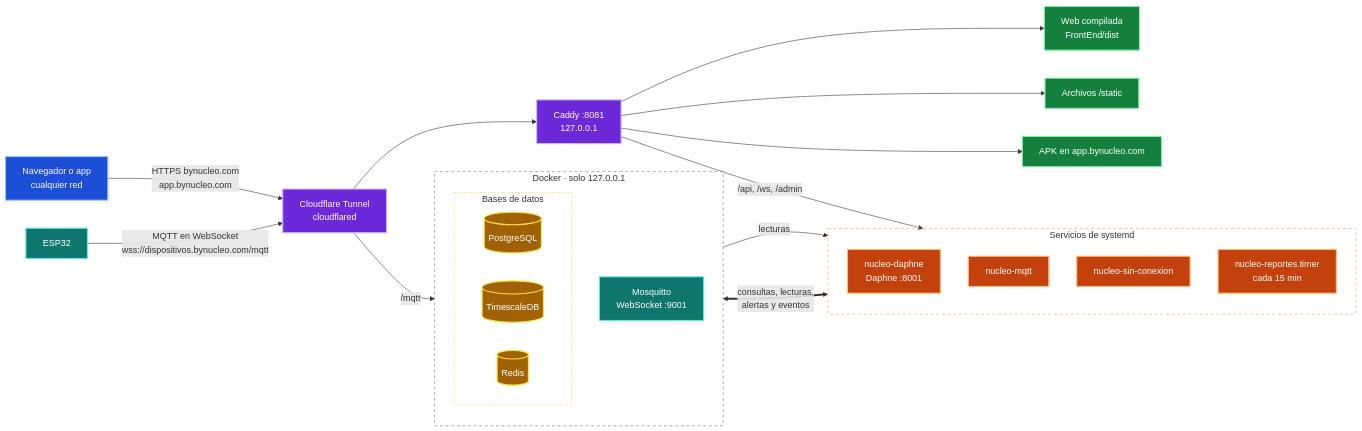
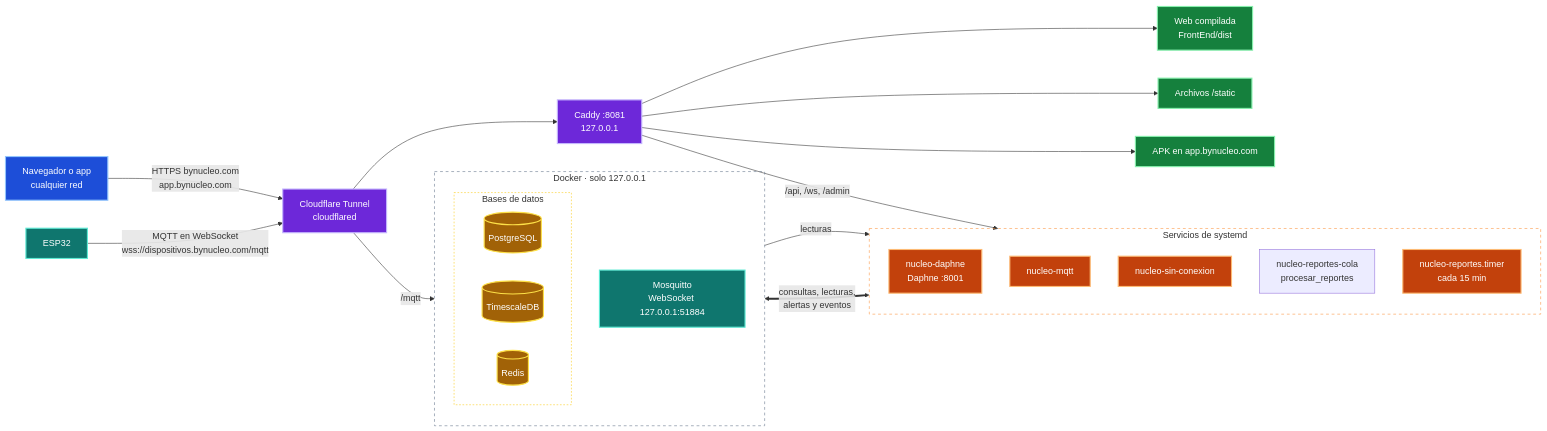
One commit to BrandonGlz/Nucleo changed the diagram in Context/servidor/produccion.md. Above: the diagram before and after it, drawn with Mermaid. The commit also changed other lines of this file and 13 other files, not shown here.

Commit message:
docs: Nico AI por área u organización, historial de envíos, cola de reportes, tablas de Nico y versiones al día

````diff
--- a/Context/servidor/produccion.md
+++ b/Context/servidor/produccion.md
@@ -32,46 +32,47 @@
 ```mermaid
 flowchart LR
     U["Navegador o app<br/>cualquier red"] -->|"HTTPS bynucleo.com<br/>app.bynucleo.com"| CF["Cloudflare Tunnel<br/>cloudflared"]
     CF --> C["Caddy :8081<br/>127.0.0.1"]
     C --> W["Web compilada<br/>FrontEnd/dist"]
     C --> ST["Archivos /static"]
     C --> APK["APK en app.bynucleo.com"]
     C -->|"/api, /ws, /admin"| D
     subgraph SY["Servicios de systemd"]
         direction TB
         D["nucleo-daphne<br/>Daphne :8001"]
         MQ["nucleo-mqtt"]
         SC["nucleo-sin-conexion"]
+        RQ["nucleo-reportes-cola<br/>procesar_reportes"]
         RP["nucleo-reportes.timer<br/>cada 15 min"]
     end
     subgraph DK["Docker · solo 127.0.0.1"]
         direction TB
-        M["Mosquitto<br/>WebSocket :9001"]
+        M["Mosquitto<br/>WebSocket 127.0.0.1:51884"]
         subgraph BD["Bases de datos"]
             PG[("PostgreSQL")]
             TDB[("TimescaleDB")]
             R[("Redis")]
         end
     end
     E["ESP32"] -->|"MQTT en WebSocket<br/>wss://dispositivos.bynucleo.com/mqtt"| CF
     CF -->|"/mqtt"| M
     M -->|lecturas| MQ
     SY <==>|"consultas, lecturas,<br/>alertas y eventos"| BD
     classDef cliente fill:#1d4ed8,stroke:#93c5fd,color:#fff,stroke-width:2px
     classDef red fill:#6d28d9,stroke:#c4b5fd,color:#fff,stroke-width:2px
     classDef web fill:#15803d,stroke:#86efac,color:#fff,stroke-width:2px
     classDef backend fill:#c2410c,stroke:#fdba74,color:#fff,stroke-width:2px
     classDef datos fill:#a16207,stroke:#fde047,color:#fff,stroke-width:2px
     classDef iot fill:#0f766e,stroke:#5eead4,color:#fff,stroke-width:2px
     classDef externo fill:#a21caf,stroke:#f0abfc,color:#fff,stroke-width:2px
     classDef doc fill:#475569,stroke:#cbd5e1,color:#fff,stroke-width:2px
     class U cliente
     class CF,C red
     class W,ST,APK web
     class D,MQ,SC,RP backend
     class PG,TDB,R datos
     class M,E iot
     style SY fill:transparent,stroke:#fb923c,stroke-dasharray:5 5
     style DK fill:transparent,stroke:#64748b,stroke-dasharray:5 5
     style BD fill:transparent,stroke:#facc15,stroke-dasharray:3 3
 ```
````
